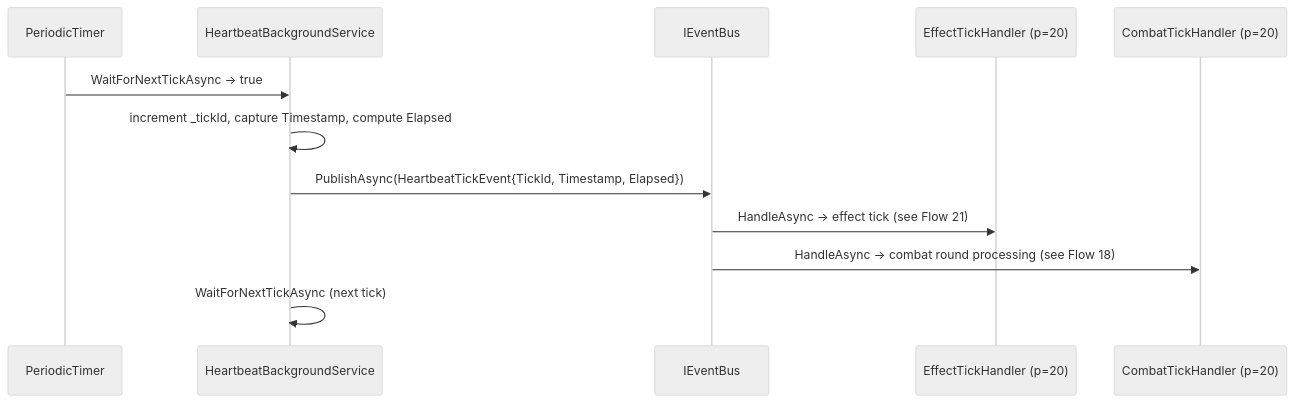
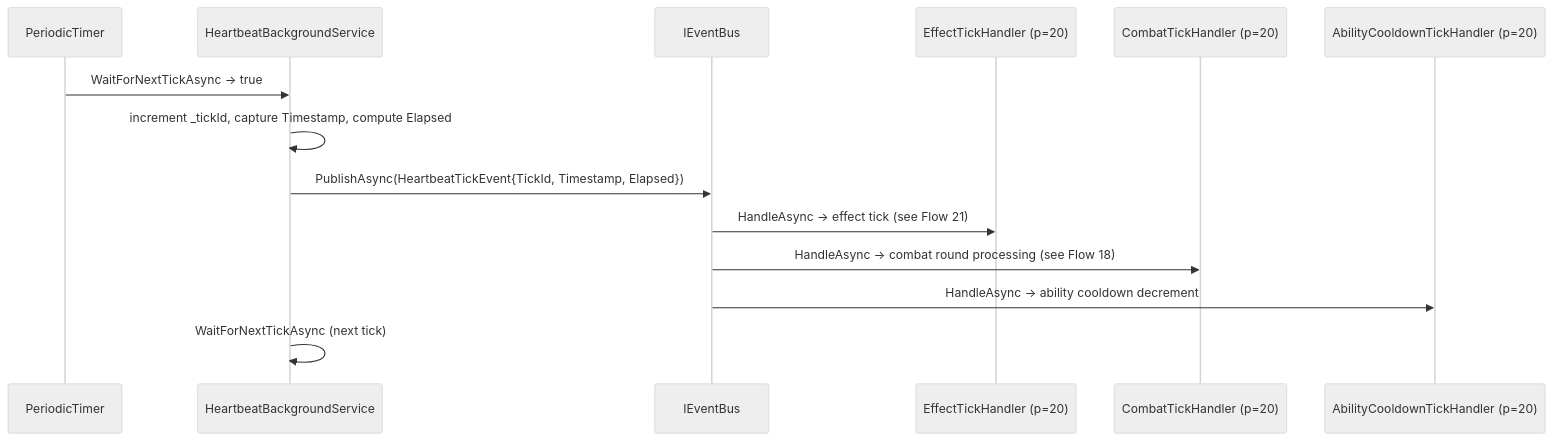
The diagram in docs/architecture/flows/flow-16-heartbeat-tick.md (dmbyer/Hedron), drawn with Mermaid (neutral theme) before and after one commit. The commit also changed other lines of this file and 34 other files, not shown here.

````diff
--- a/docs/architecture/flows/flow-16-heartbeat-tick.md
+++ b/docs/architecture/flows/flow-16-heartbeat-tick.md
@@ -9,15 +9,17 @@
 ```mermaid
 sequenceDiagram
     participant Timer as PeriodicTimer
     participant HBS as HeartbeatBackgroundService
     participant Bus as IEventBus
     participant ETH as EffectTickHandler (p=20)
     participant CTH as CombatTickHandler (p=20)
+    participant ACTH as AbilityCooldownTickHandler (p=20)
 
     Timer->>HBS: WaitForNextTickAsync → true
     HBS->>HBS: increment _tickId, capture Timestamp, compute Elapsed
     HBS->>Bus: PublishAsync(HeartbeatTickEvent{TickId, Timestamp, Elapsed})
     Bus->>ETH: HandleAsync → effect tick (see Flow 21)
     Bus->>CTH: HandleAsync → combat round processing (see Flow 18)
+    Bus->>ACTH: HandleAsync → ability cooldown decrement
     HBS->>HBS: WaitForNextTickAsync (next tick)
 ```
````
